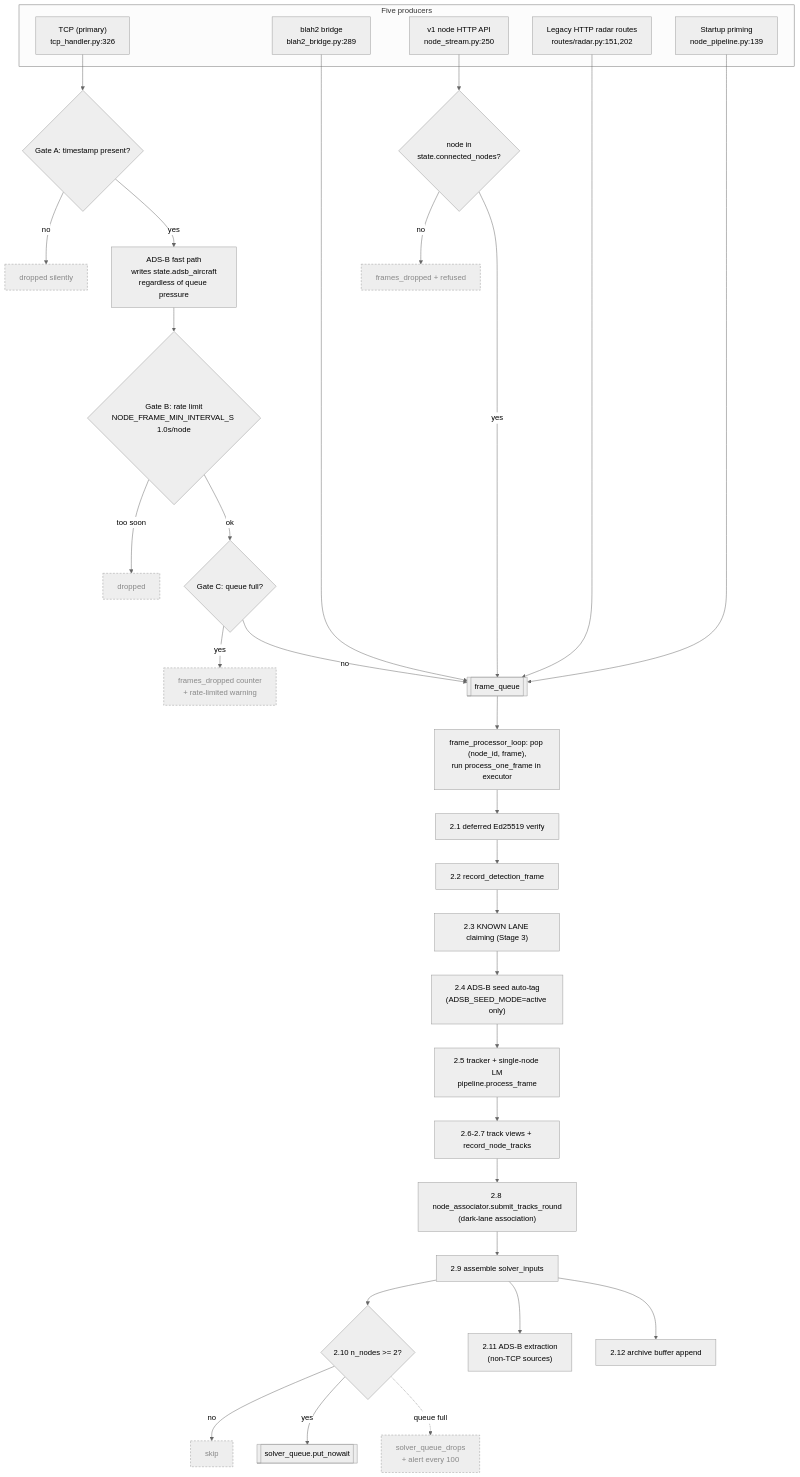
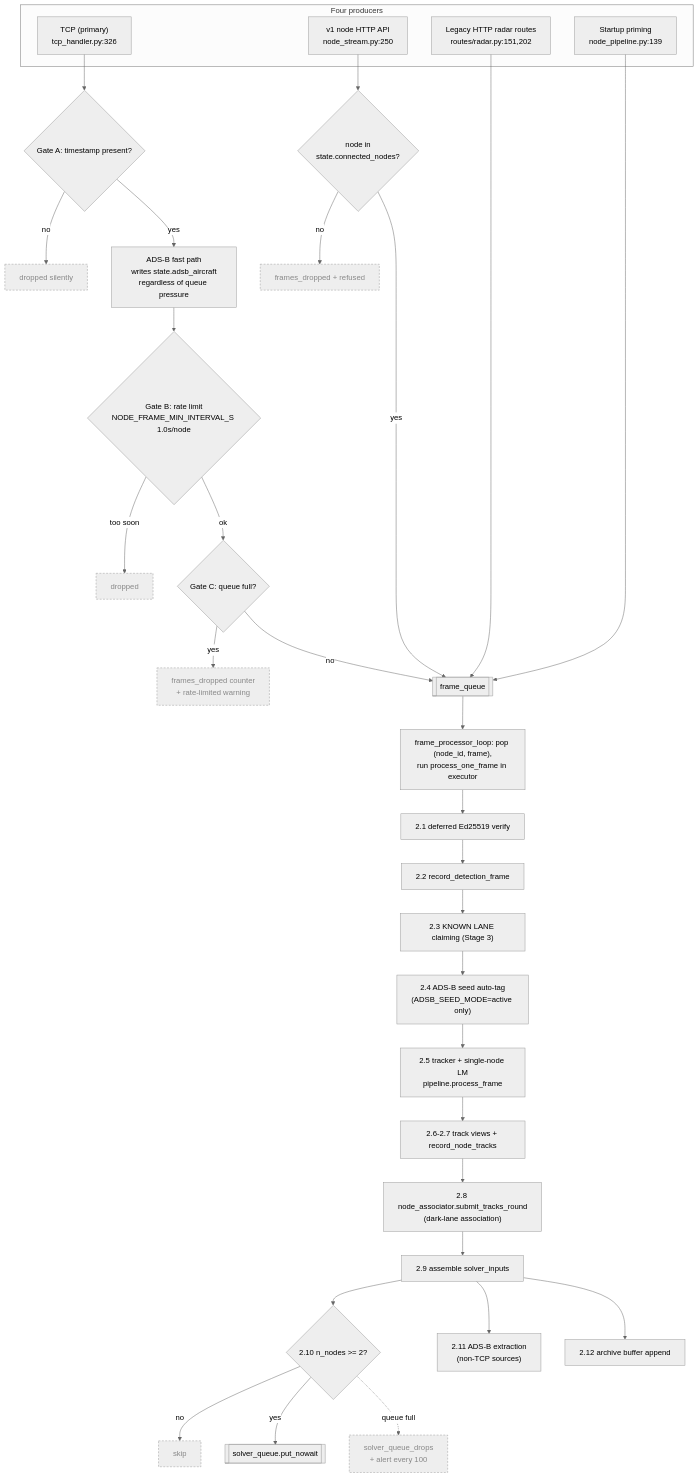
One commit to offworldlabs/retina-server changed the third of 10 diagrams in docs/solverflow.md. Above: the diagram before and after it, drawn with Mermaid (neutral theme). The commit also changed other lines of this file and 16 other files, not shown here.

````diff
--- a/docs/solverflow.md
+++ b/docs/solverflow.md
@@ -89,44 +89,42 @@
 ```mermaid
 flowchart TD
-    subgraph producers["Five producers"]
+    subgraph producers["Four producers"]
         p1["TCP (primary)<br/>tcp_handler.py:326"]
-        p2["blah2 bridge<br/>blah2_bridge.py:289"]
         p3["v1 node HTTP API<br/>node_stream.py:250"]
         p4["Legacy HTTP radar routes<br/>routes/radar.py:151,202"]
         p5["Startup priming<br/>node_pipeline.py:139"]
     end
 
     p1 --> gA{"Gate A: timestamp present?"}
     gA -->|"no"| dropA["dropped silently"]:::inert
     gA -->|"yes"| adsbfast["ADS-B fast path<br/>writes state.adsb_aircraft<br/>regardless of queue pressure"]
     adsbfast --> gB{"Gate B: rate limit<br/>NODE_FRAME_MIN_INTERVAL_S 1.0s/node"}
     gB -->|"too soon"| dropB["dropped"]:::inert
     gB -->|"ok"| gC{"Gate C: queue full?"}
     gC -->|"yes"| dropC["frames_dropped counter<br/>+ rate-limited warning"]:::inert
     gC -->|"no"| fq[["frame_queue"]]
 
-    p2 --> fq
     p3 --> gD{"node in<br/>state.connected_nodes?"}
     gD -->|"no"| dropD["frames_dropped + refused"]:::inert
     gD -->|"yes"| fq
     p4 --> fq
     p5 --> fq
 
     fq --> drain["frame_processor_loop: pop (node_id, frame),<br/>run process_one_frame in executor"]
     drain --> s21["2.1 deferred Ed25519 verify"]
     s21 --> s22["2.2 record_detection_frame"]
     s22 --> s23["2.3 KNOWN LANE claiming (Stage 3)"]
     s23 --> s24["2.4 ADS-B seed auto-tag<br/>(ADSB_SEED_MODE=active only)"]
     s24 --> s25["2.5 tracker + single-node LM<br/>pipeline.process_frame"]
     s25 --> s26["2.6-2.7 track views + record_node_tracks"]
     s26 --> s28["2.8 node_associator.submit_tracks_round<br/>(dark-lane association)"]
     s28 --> s29["2.9 assemble solver_inputs"]
     s29 --> gE{"2.10 n_nodes >= 2?"}
     gE -->|"no"| skipE["skip"]:::inert
     gE -->|"yes"| sq[["solver_queue.put_nowait"]]
     gE -.->|"queue full"| dropE["solver_queue_drops<br/>+ alert every 100"]:::inert
     s29 --> s211["2.11 ADS-B extraction<br/>(non-TCP sources)"]
     s29 --> s212["2.12 archive buffer append"]
 
     classDef inert fill:#eee,stroke:#999,color:#888,stroke-dasharray: 4 3
 ```
````
